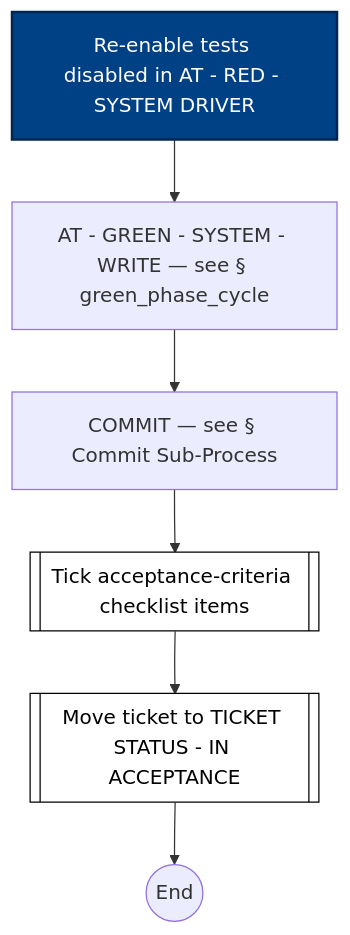
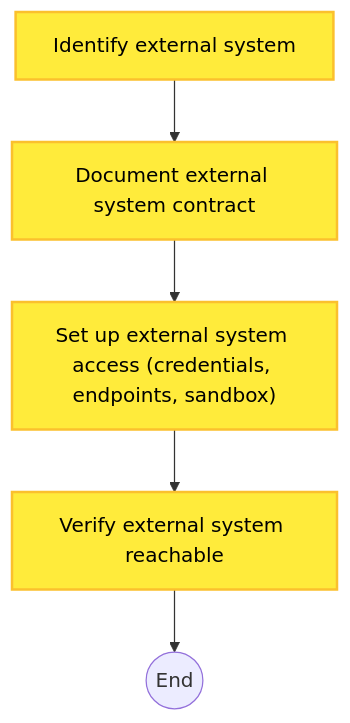
Before and after one commit to optivem/gh-optivem: the seventh of 51 diagrams in docs/process-diagram.md, drawn with Mermaid. The commit also changed other lines of this file and 13 other files, not shown here.

First line of the commit message:
plans/bpmn-refactor: Item 3 (Phase C.3) — full YAML migration to TOP/CYCLE/HIGH/MID/LOW

````diff
--- a/docs/process-diagram.md
+++ b/docs/process-diagram.md
@@ -190,21 +135,16 @@
 ```mermaid
 flowchart TD
-    AT_GREEN[AT - GREEN - SYSTEM - WRITE — see § green_phase_cycle]
-    COMMIT[COMMIT — see § Commit Sub-Process]
-    ENABLE_TESTS[Re-enable tests disabled in AT - RED - SYSTEM DRIVER]
-    GS_END((End))
-    MOVE_TICKET_IN_ACCEPTANCE[[Move ticket to TICKET STATUS - IN ACCEPTANCE]]
-    TICK[[Tick acceptance-criteria checklist items]]
+    DOCUMENT_EXTERNAL_SYSTEM_CONTRACT[Document external system contract]
+    IDENTIFY_EXTERNAL_SYSTEM[Identify external system]
+    ONBOARD_END((End))
+    SETUP_EXTERNAL_SYSTEM_ACCESS["Set up external system access (credentials, endpoints, sandbox)"]
+    VERIFY_EXTERNAL_SYSTEM_REACHABLE[Verify external system reachable]
 
-    ENABLE_TESTS --> AT_GREEN
-    AT_GREEN --> COMMIT
-    COMMIT --> TICK
-    TICK --> MOVE_TICKET_IN_ACCEPTANCE
-    MOVE_TICKET_IN_ACCEPTANCE --> GS_END
+    IDENTIFY_EXTERNAL_SYSTEM --> DOCUMENT_EXTERNAL_SYSTEM_CONTRACT
+    DOCUMENT_EXTERNAL_SYSTEM_CONTRACT --> SETUP_EXTERNAL_SYSTEM_ACCESS
+    SETUP_EXTERNAL_SYSTEM_ACCESS --> VERIFY_EXTERNAL_SYSTEM_REACHABLE
+    VERIFY_EXTERNAL_SYSTEM_REACHABLE --> ONBOARD_END
 
-    classDef serviceNode fill:#ffffff,stroke:#000000,stroke-width:1px,color:#000000
-    class MOVE_TICKET_IN_ACCEPTANCE,TICK serviceNode
-
-    classDef agentNode fill:#004085,stroke:#002752,stroke-width:2px,color:#ffffff
-    class ENABLE_TESTS agentNode
+    classDef humanNode fill:#ffeb3b,stroke:#fbc02d,stroke-width:2px,color:#000000
+    class DOCUMENT_EXTERNAL_SYSTEM_CONTRACT,IDENTIFY_EXTERNAL_SYSTEM,SETUP_EXTERNAL_SYSTEM_ACCESS,VERIFY_EXTERNAL_SYSTEM_REACHABLE humanNode
 ```
````
